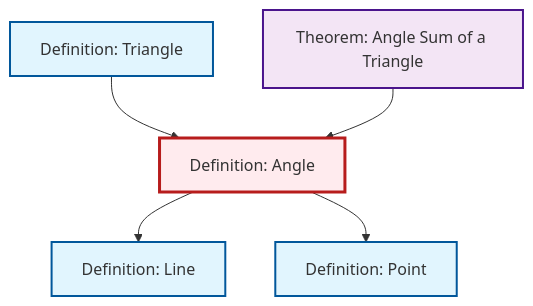
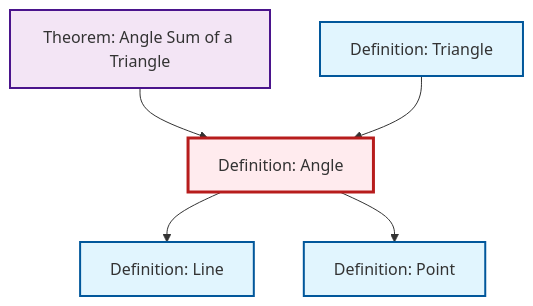
One commit to RK0429/ModernMath changed the diagram in content/en/geometry/def-angle.qmd. Above: the diagram before and after it, drawn with Mermaid. The commit also changed other lines of this file and 434 other files, not shown here.

````diff
--- a/content/en/geometry/def-angle.qmd
+++ b/content/en/geometry/def-angle.qmd
@@ -49,23 +49,23 @@
 ```{mermaid}
 %%| fig-cap: "Local dependency graph"
 graph TD
     classDef definition fill:#e1f5fe,stroke:#01579b,stroke-width:2px
     classDef theorem fill:#f3e5f5,stroke:#4a148c,stroke-width:2px
     classDef axiom fill:#fff3e0,stroke:#e65100,stroke-width:2px
     classDef example fill:#e8f5e9,stroke:#1b5e20,stroke-width:2px
     classDef current fill:#ffebee,stroke:#b71c1c,stroke-width:3px
-    def-point["Definition: Point"]:::definition
     thm-angle-sum-triangle["Theorem: Angle Sum of a Triangle"]:::theorem
+    def-line["Definition: Line"]:::definition
     def-triangle["Definition: Triangle"]:::definition
     def-angle["Definition: Angle"]:::definition
-    def-line["Definition: Line"]:::definition
+    def-point["Definition: Point"]:::definition
     def-angle --> def-line
+    thm-angle-sum-triangle --> def-angle
+    def-angle --> def-point
     def-triangle --> def-angle
-    def-angle --> def-point
-    thm-angle-sum-triangle --> def-angle
     class def-angle current
+    click thm-angle-sum-triangle "thm-angle-sum-triangle.html" "Go to Angle Sum of a Triangle theorem"
+    click def-line "def-line.html" "Go to Line definition"
+    click def-triangle "def-triangle.html" "Go to Triangle definition"
     click def-point "def-point.html" "Go to Point definition"
-    click thm-angle-sum-triangle "thm-angle-sum-triangle.html" "Go to Angle Sum of a Triangle theorem"
-    click def-triangle "def-triangle.html" "Go to Triangle definition"
-    click def-line "def-line.html" "Go to Line definition"
 ```
````
